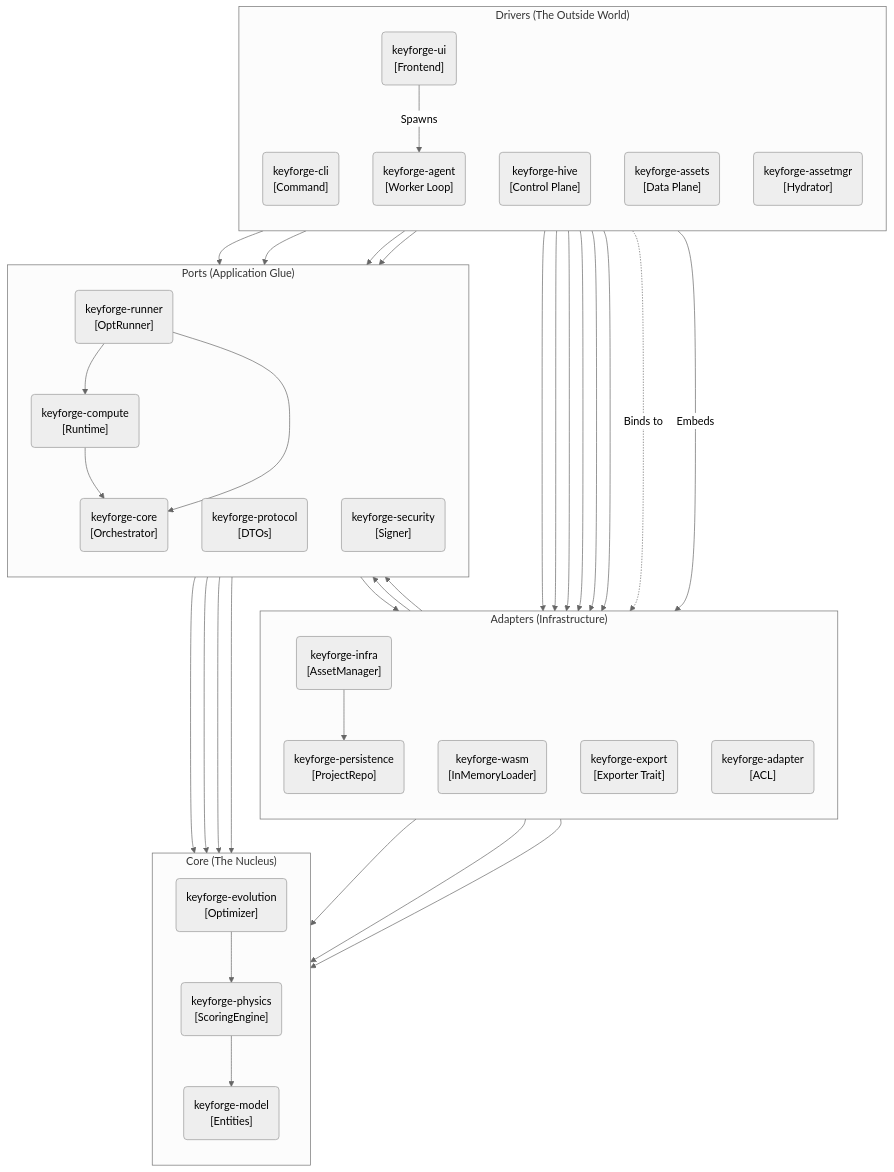
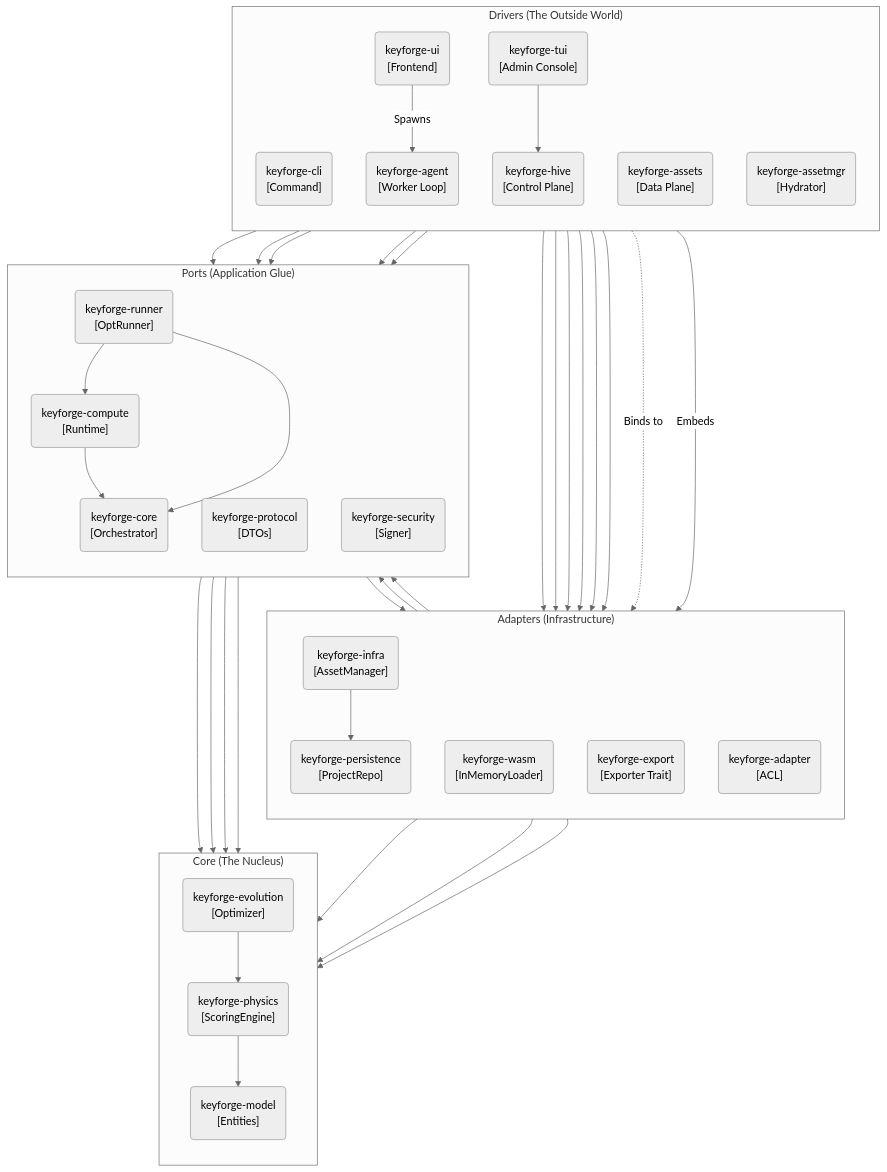
One commit to infodungeon/keyforge changed the diagram in docs/design/ARCHITECTURE_MAP.md. Above: the diagram before and after it, drawn with Mermaid (neutral theme). The commit also changed other lines of this file and 227 other files, not shown here.

```diff
--- a/docs/design/ARCHITECTURE_MAP.md
+++ b/docs/design/ARCHITECTURE_MAP.md
@@ -14,6 +14,7 @@
         AssetMgr("keyforge-assetmgr<br/>[Hydrator]")
         Agent("keyforge-agent<br/>[Worker Loop]")
         UI("keyforge-ui<br/>[Frontend]")
+        TUI("keyforge-tui<br/>[Admin Console]")
     end
 
     %% --- ADAPTERS (Secondary Adapters) ---
@@ -63,6 +64,8 @@
     UI -.->|Binds to| Wasm
     UI -->|Spawns| Agent
     UI -->|Embeds| Infra
+    TUI --> Hive
+    TUI --> Proto
 
     %% Adapters use Ports & Domain
     Infra --> Persist
@@ -88,28 +91,29 @@
 
     %% === INTERACTIVITY (Click to Navigate) ===
     %% Drivers
-    click CLI href "./keyforge-cli/README.md" "Open CLI Design"
-    click Hive href "./keyforge-hive/README.md" "Open Hive Design"
-    click Assets href "./keyforge-assets/README.md" "Open Asset Server Design"
-    click AssetMgr href "./keyforge-assetmgr/README.md" "Open Asset Manager Design"
-    click Agent href "./keyforge-agent/README.md" "Open Agent Design"
+    click CLI href "./apps/keyforge-cli/README.md" "Open CLI Design"
+    click Hive href "./apps/keyforge-hive/README.md" "Open Hive Design"
+    click Assets href "./apps/keyforge-assets/README.md" "Open Asset Server Design"
+    click AssetMgr href "./apps/keyforge-assetmgr/README.md" "Open Asset Manager Design"
+    click Agent href "./apps/keyforge-agent/README.md" "Open Agent Design"
+    click TUI href "./apps/keyforge-tui/README.md" "Open TUI Design"
     
     %% Adapters
-    click Infra href "./keyforge-infra/README.md" "Open Infra Design"
-    click Persist href "./keyforge-persistence/README.md" "Open Persistence Design"
-    click Wasm href "./keyforge-wasm/README.md" "Open WASM Design"
-    click Export href "./keyforge-export/README.md" "Open Export Design"
-    click Adapt href "./keyforge-adapter/README.md" "Open Adapter Design"
+    click Infra href "./libs/keyforge-infra/README.md" "Open Infra Design"
+    click Persist href "./libs/keyforge-persistence/README.md" "Open Persistence Design"
+    click Wasm href "./libs/keyforge-wasm/README.md" "Open WASM Design"
+    click Export href "./libs/keyforge-export/README.md" "Open Export Design"
+    click Adapt href "./libs/keyforge-adapter/README.md" "Open Adapter Design"
 
     %% Ports
-    click Compute href "./keyforge-compute/README.md" "Open Compute Design"
-    click Core href "./keyforge-core/README.md" "Open Core Design"
-    click Runner href "./keyforge-runner/README.md" "Open Runner Design"
-    click Sec href "./keyforge-security/README.md" "Open Security Design"
+    click Compute href "./libs/keyforge-compute/README.md" "Open Compute Design"
+    click Core href "./libs/keyforge-core/README.md" "Open Core Design"
+    click Runner href "./libs/keyforge-runner/README.md" "Open Runner Design"
+    click Sec href "./libs/keyforge-security/README.md" "Open Security Design"
     
     %% Core
-    click Evo href "./keyforge-evolution/README.md" "Open Evolution Design"
-    click Phys href "./keyforge-physics/README.md" "Open Physics Design"
+    click Evo href "./libs/keyforge-evolution/README.md" "Open Evolution Design"
+    click Phys href "./libs/keyforge-physics/README.md" "Open Physics Design"
     
     %% Data (Links to Architecture Docs)
     click Model href "../architecture/01_DOMAIN_DICTIONARY.md" "Open Domain Dictionary"
```
